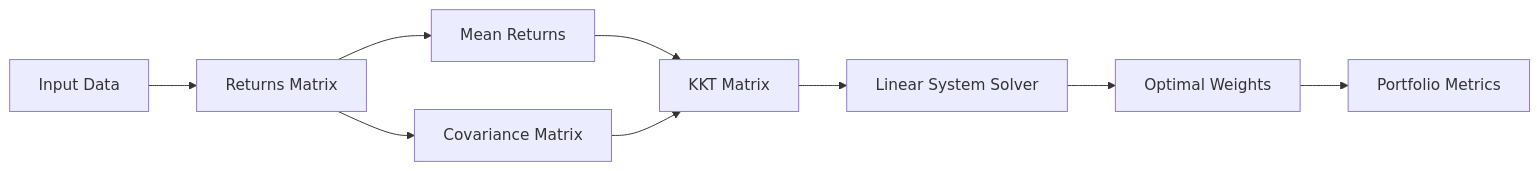
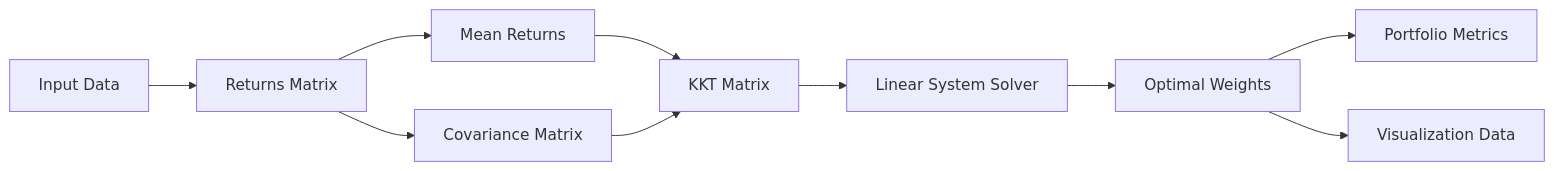
The second of 4 diagrams in TECHNICAL_DOCUMENTATION.md (EmbeddedMhawar/0.1-Portfolio-Optimization--Lovable-), drawn with Mermaid before and after one commit. The commit also changed other lines of this file, not shown here.

````diff
--- a/TECHNICAL_DOCUMENTATION.md
+++ b/TECHNICAL_DOCUMENTATION.md
@@ -39,11 +41,12 @@
 ```mermaid
 graph LR
     A[Input Data] --> B[Returns Matrix]
     B --> C[Mean Returns]
     B --> D[Covariance Matrix]
     C --> E[KKT Matrix]
     D --> E
     E --> F[Linear System Solver]
     F --> G[Optimal Weights]
     G --> H[Portfolio Metrics]
+    G --> I[Visualization Data]
 ```
````
